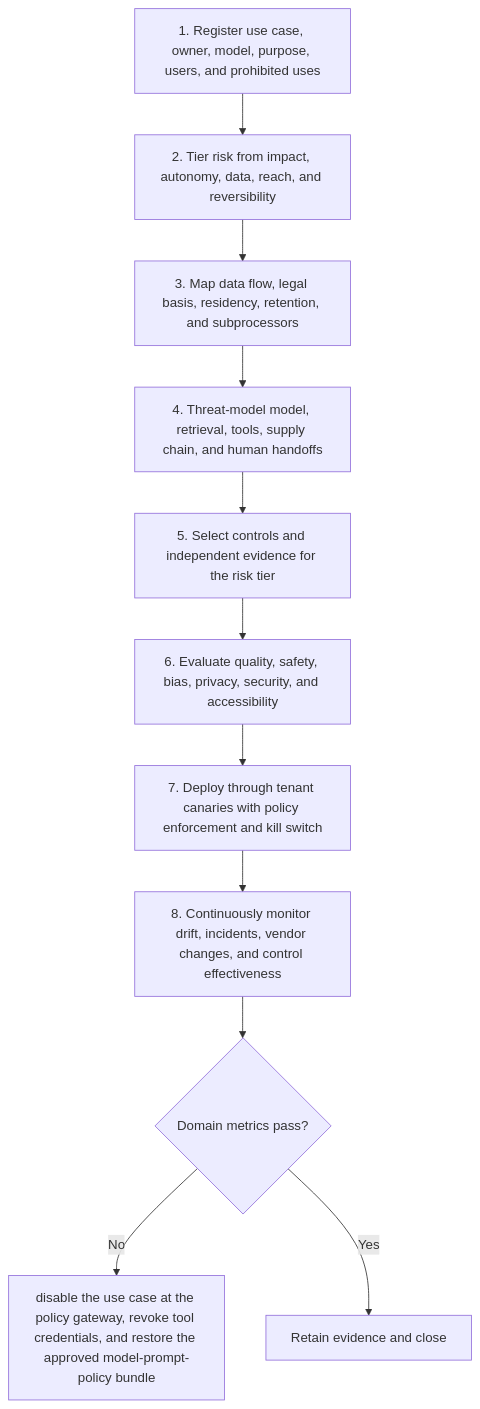
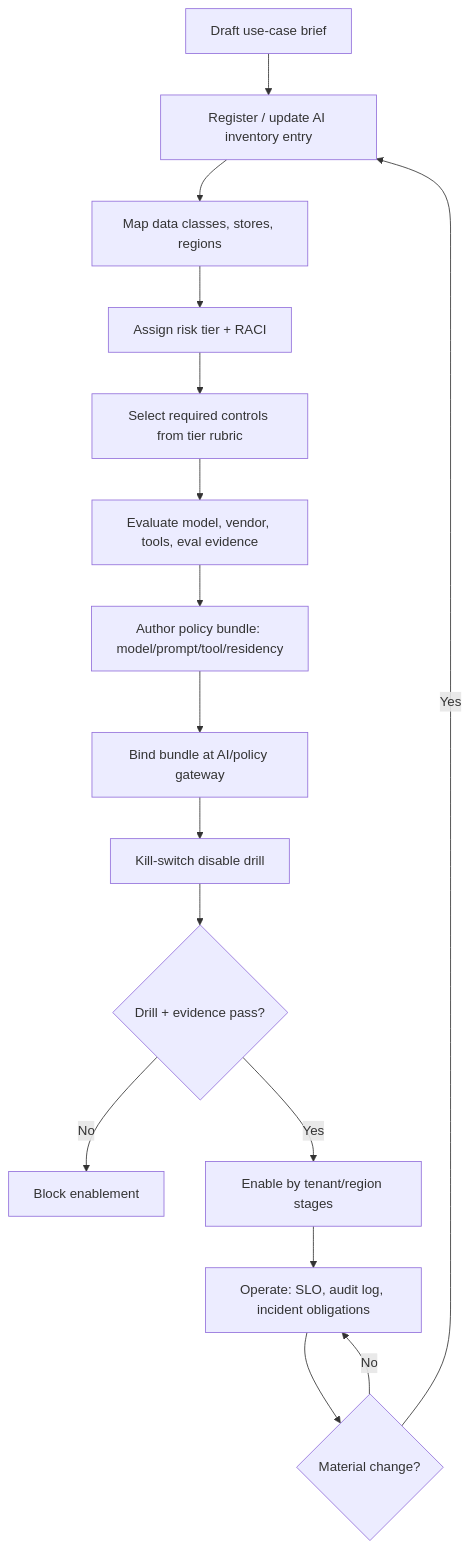
The diagram in content/patterns/enterprise-pattern/workflow.md (grvmithas/open-ai-engineering-standards), drawn with Mermaid before and after one commit. The commit also changed other lines of this file and 494 other files, not shown here.

````diff
--- a/content/patterns/enterprise-pattern/workflow.md
+++ b/content/patterns/enterprise-pattern/workflow.md
@@ -9,14 +11,18 @@
 ```mermaid
 flowchart TD
-  S1[1. Register use case, owner, model, purpose, users, and prohibited uses] --> S2
-  S2[2. Tier risk from impact, autonomy, data, reach, and reversibility] --> S3
-  S3[3. Map data flow, legal basis, residency, retention, and subprocessors] --> S4
-  S4[4. Threat-model model, retrieval, tools, supply chain, and human handoffs] --> S5
-  S5[5. Select controls and independent evidence for the risk tier] --> S6
-  S6[6. Evaluate quality, safety, bias, privacy, security, and accessibility] --> S7
-  S7[7. Deploy through tenant canaries with policy enforcement and kill switch] --> S8
-  S8[8. Continuously monitor drift, incidents, vendor changes, and control effectiveness]
-  S8 --> V{Domain metrics pass?}
-  V -->|No| R[disable the use case at the policy gateway, revoke tool credentials, and restore the approved model-prompt-policy bundle]
-  V -->|Yes| C[Retain evidence and close]
+    A[Draft use-case brief] --> B[Register / update AI inventory entry]
+    B --> C[Map data classes, stores, regions]
+    C --> D[Assign risk tier + RACI]
+    D --> E[Select required controls from tier rubric]
+    E --> F[Evaluate model, vendor, tools, eval evidence]
+    F --> G[Author policy bundle: model/prompt/tool/residency]
+    G --> H[Bind bundle at AI/policy gateway]
+    H --> I[Kill-switch disable drill]
+    I --> J{Drill + evidence pass?}
+    J -->|No| K[Block enablement]
+    J -->|Yes| L[Enable by tenant/region stages]
+    L --> M[Operate: SLO, audit log, incident obligations]
+    M --> N{Material change?}
+    N -->|Yes| B
+    N -->|No| M
 ```
````
